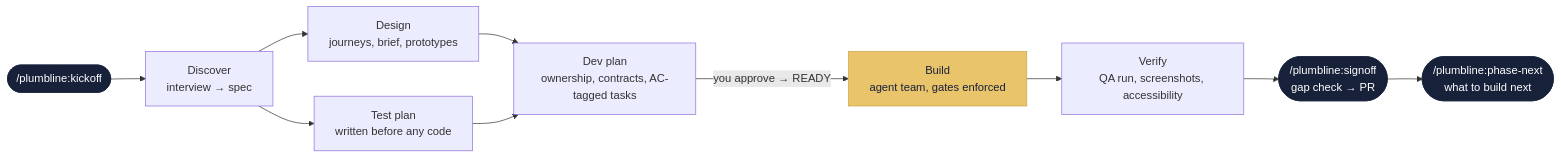
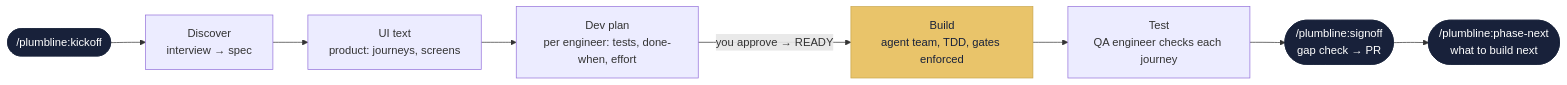
Before and after one commit to safiullah7/plumbline: the first of 2 diagrams in README.md, drawn with Mermaid. The commit also changed other lines of this file and 169 other files, not shown here.

````diff
--- a/README.md
+++ b/README.md
@@ -246,17 +266,15 @@
 ```mermaid
 flowchart LR
     K(["/plumbline:kickoff"]) --> D["Discover<br/>interview → spec"]
-    D --> UX["Design<br/>journeys, brief, prototypes"]
-    D --> QA1["Test plan<br/>written before any code"]
-    UX --> P["Dev plan<br/>ownership, contracts, AC-tagged tasks"]
-    QA1 --> P
-    P -->|"you approve → READY"| B["Build<br/>agent team, gates enforced"]
-    B --> V["Verify<br/>QA run, screenshots, accessibility"]
+    D --> UX["UI text<br/>product: journeys, screens"]
+    UX --> P["Dev plan<br/>per engineer: tests, done-when, effort"]
+    P -->|"you approve → READY"| B["Build<br/>agent team, TDD, gates enforced"]
+    B --> V["Test<br/>QA engineer checks each journey"]
     V --> S(["/plumbline:signoff<br/>gap check → PR"])
     S --> N(["/plumbline:phase-next<br/>what to build next"])
 
     classDef cmd fill:#18213a,color:#fff,stroke:#18213a;
     classDef gate fill:#e9c46a,color:#18213a,stroke:#c9a54a;
     class K,S,N cmd;
     class B gate;
 ```
````
